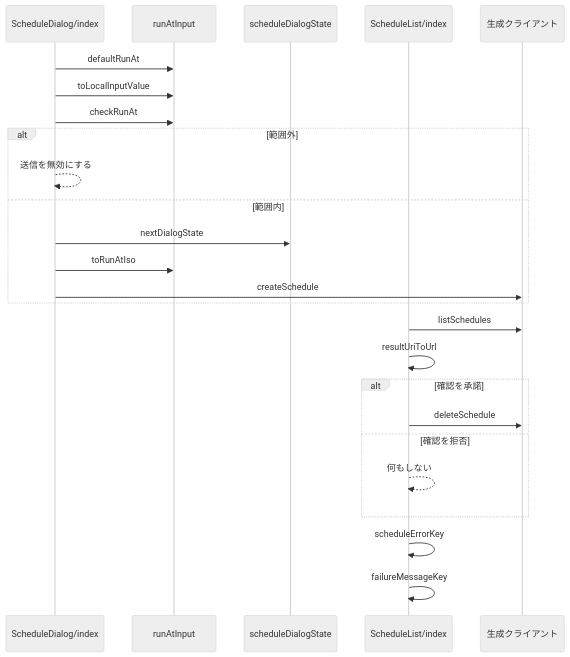
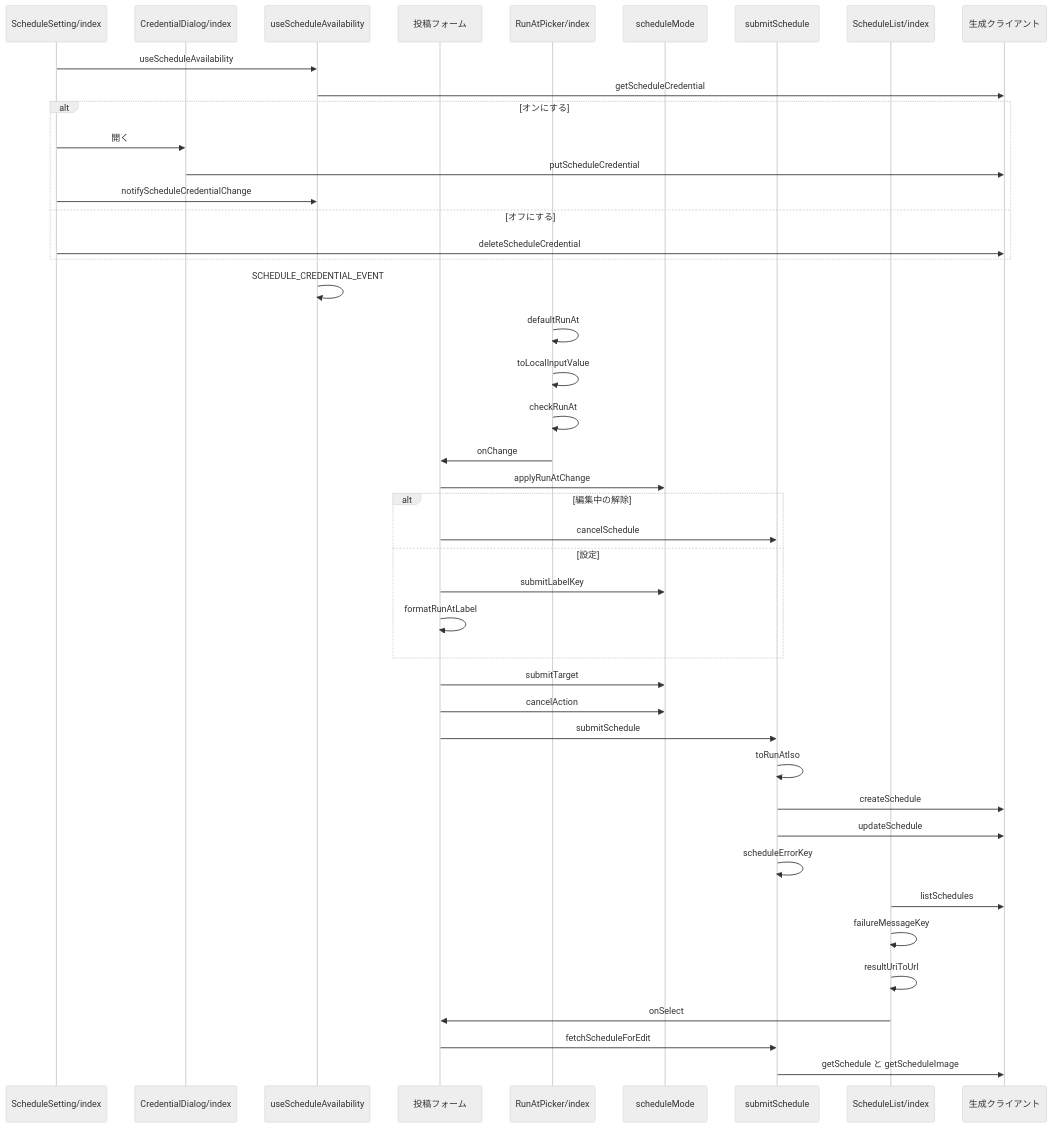
Before and after one commit to nekono-dev/skyshare: the third of 3 diagrams in specs/schedule-form/design.md, drawn with Mermaid (neutral theme). The commit also changed other lines of this file and 23 other files, not shown here.

````diff
--- a/specs/schedule-form/design.md
+++ b/specs/schedule-form/design.md
@@ -50,27 +63,46 @@
 ```mermaid
 sequenceDiagram
-  participant ScheduleDialog as ScheduleDialog/index
-  participant runAtInput
-  participant scheduleDialogState
+  participant ScheduleSetting as ScheduleSetting/index
+  participant CredentialDialog as CredentialDialog/index
+  participant useScheduleAvailability
+  participant ext_composer as 投稿フォーム
+  participant RunAtPicker as RunAtPicker/index
+  participant scheduleMode
+  participant submitSchedule
   participant ScheduleList as ScheduleList/index
   participant ext_client as 生成クライアント
-  ScheduleDialog->>runAtInput: defaultRunAt
-  ScheduleDialog->>runAtInput: toLocalInputValue
-  ScheduleDialog->>runAtInput: checkRunAt
-  alt 範囲外
-    ScheduleDialog-->>ScheduleDialog: 送信を無効にする
-  else 範囲内
-    ScheduleDialog->>scheduleDialogState: nextDialogState
-    ScheduleDialog->>runAtInput: toRunAtIso
-    ScheduleDialog->>ext_client: createSchedule
+  ScheduleSetting->>useScheduleAvailability: useScheduleAvailability
+  useScheduleAvailability->>ext_client: getScheduleCredential
+  alt オンにする
+    ScheduleSetting->>CredentialDialog: 開く
+    CredentialDialog->>ext_client: putScheduleCredential
+    ScheduleSetting->>useScheduleAvailability: notifyScheduleCredentialChange
+  else オフにする
+    ScheduleSetting->>ext_client: deleteScheduleCredential
   end
+  useScheduleAvailability->>useScheduleAvailability: SCHEDULE_CREDENTIAL_EVENT
+  RunAtPicker->>RunAtPicker: defaultRunAt
+  RunAtPicker->>RunAtPicker: toLocalInputValue
+  RunAtPicker->>RunAtPicker: checkRunAt
+  RunAtPicker->>ext_composer: onChange
+  ext_composer->>scheduleMode: applyRunAtChange
+  alt 編集中の解除
+    ext_composer->>submitSchedule: cancelSchedule
+  else 設定
+    ext_composer->>scheduleMode: submitLabelKey
+    ext_composer->>ext_composer: formatRunAtLabel
+  end
+  ext_composer->>scheduleMode: submitTarget
+  ext_composer->>scheduleMode: cancelAction
+  ext_composer->>submitSchedule: submitSchedule
+  submitSchedule->>submitSchedule: toRunAtIso
+  submitSchedule->>ext_client: createSchedule
+  submitSchedule->>ext_client: updateSchedule
+  submitSchedule->>submitSchedule: scheduleErrorKey
   ScheduleList->>ext_client: listSchedules
+  ScheduleList->>ScheduleList: failureMessageKey
   ScheduleList->>ScheduleList: resultUriToUrl
-  alt 確認を承諾
-    ScheduleList->>ext_client: deleteSchedule
-  else 確認を拒否
-    ScheduleList-->>ScheduleList: 何もしない
-  end
-  ScheduleList->>ScheduleList: scheduleErrorKey
-  ScheduleList->>ScheduleList: failureMessageKey
+  ScheduleList->>ext_composer: onSelect
+  ext_composer->>submitSchedule: fetchScheduleForEdit
+  submitSchedule->>ext_client: getSchedule と getScheduleImage
 ```
````
